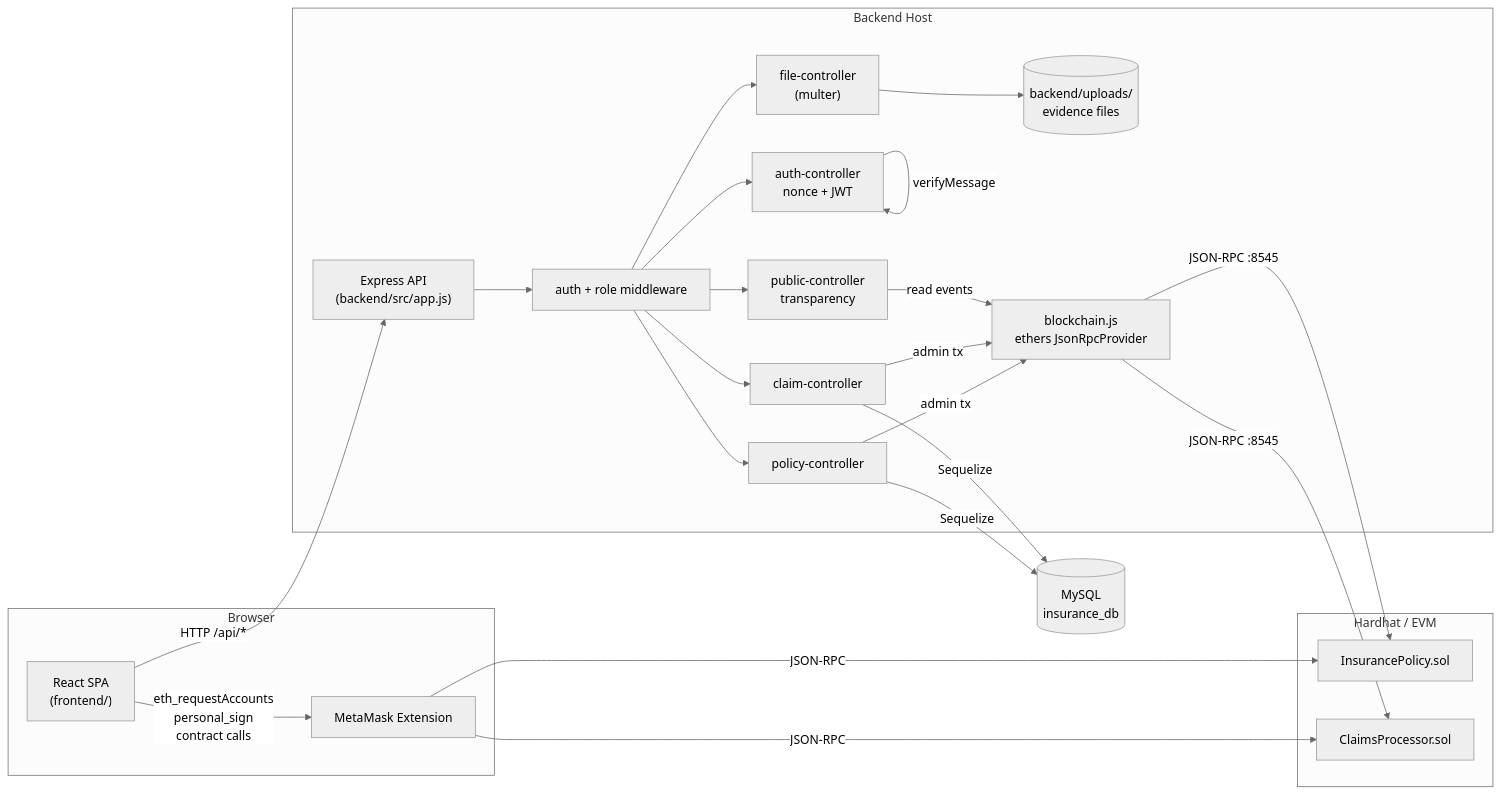
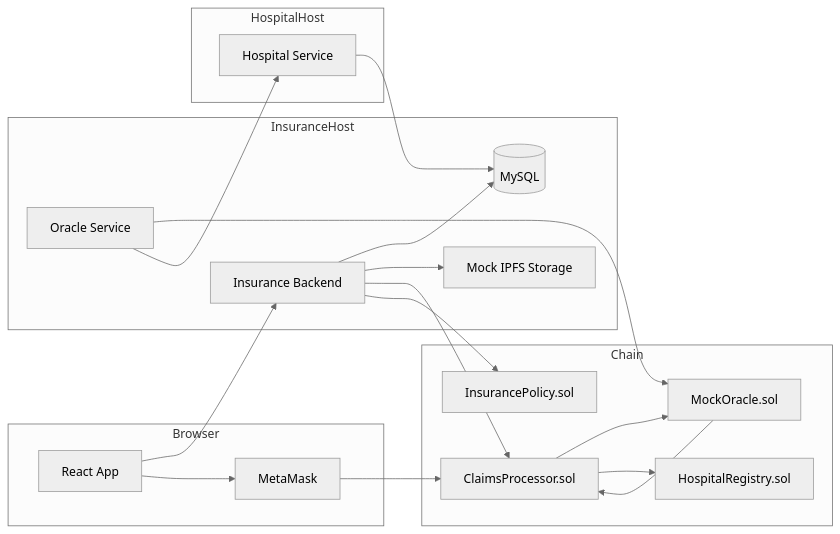
One commit to hdd0510/blockchain-insurance changed the fourth of 6 diagrams in docs/architecture.md. Above: the diagram before and after it, drawn with Mermaid (neutral theme). The commit also changed other lines of this file and 4 other files, not shown here.

First line of the commit message:
docs: update architecture, system report, and README for hospital flow

````diff
--- a/docs/architecture.md
+++ b/docs/architecture.md
@@ -11,41 +142,39 @@
 ```mermaid
 flowchart LR
-    subgraph Browser["Browser"]
-        MM[MetaMask Extension]
-        FE["React SPA<br/>(frontend/)"]
+    subgraph Browser
+      FE["React App"]
+      MM["MetaMask"]
     end
 
-    subgraph Server["Backend Host"]
-        API["Express API<br/>(backend/src/app.js)"]
-        AUTH["auth-controller<br/>nonce + JWT"]
-        POL["policy-controller"]
-        CLM["claim-controller"]
-        FILE["file-controller<br/>(multer)"]
-        PUB["public-controller<br/>transparency"]
-        MW["auth + role middleware"]
-        BC["blockchain.js<br/>ethers JsonRpcProvider"]
-        FS[("backend/uploads/<br/>evidence files")]
+    subgraph InsuranceHost
+      API["Insurance Backend"]
+      ORC["Oracle Service"]
+      DB[("MySQL")]
+      IPFS["Mock IPFS Storage"]
     end
 
-    subgraph Chain["Hardhat / EVM"]
-        IP["InsurancePolicy.sol"]
-        CP["ClaimsProcessor.sol"]
+    subgraph HospitalHost
+      HS["Hospital Service"]
     end
 
-    DB[("MySQL<br/>insurance_db")]
+    subgraph Chain
+      CP["ClaimsProcessor.sol"]
+      MO["MockOracle.sol"]
+      HR["HospitalRegistry.sol"]
+      IP["InsurancePolicy.sol"]
+    end
 
-    FE -- "HTTP /api/*" --> API
-    FE -- "eth_requestAccounts<br/>personal_sign<br/>contract calls" --> MM
-    MM -- "JSON-RPC" --> IP
-    MM -- "JSON-RPC" --> CP
-
-    API --> MW
-    MW --> AUTH & POL & CLM & FILE & PUB
-    AUTH -- "verifyMessage" --> AUTH
-    POL & CLM -- "Sequelize" --> DB
-    POL & CLM -- "admin tx" --> BC
-    BC -- "JSON-RPC :8545" --> IP
-    BC -- "JSON-RPC :8545" --> CP
-    FILE --> FS
-    PUB -- "read events" --> BC
+    FE --> API
+    FE --> MM
+    MM --> CP
+    API --> DB
+    API --> IPFS
+    API --> CP
+    ORC --> MO
+    ORC --> HS
+    HS --> DB
+    MO --> CP
+    CP --> MO
+    CP --> HR
+    API --> IP
 ```
````
